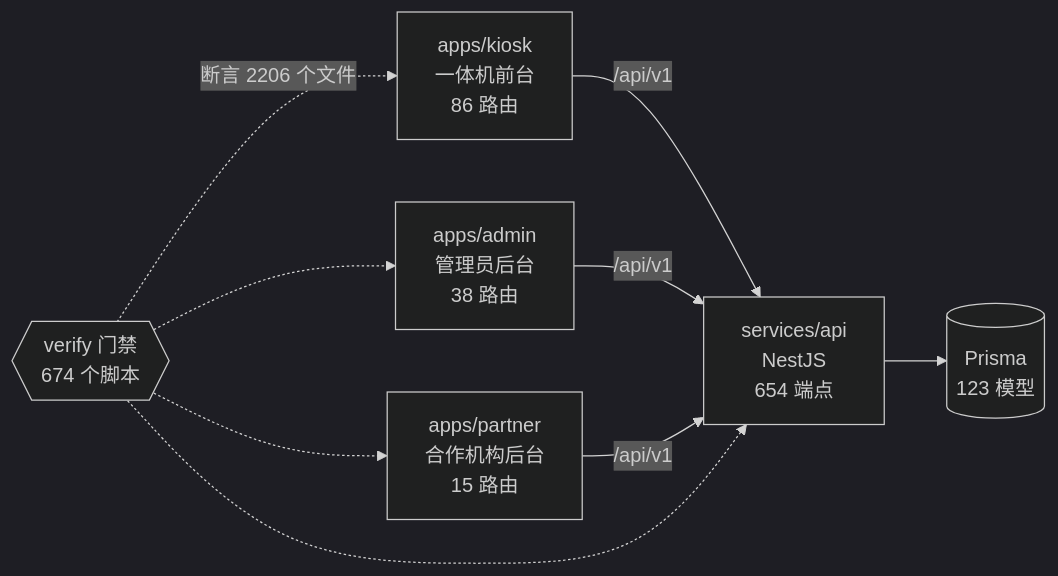
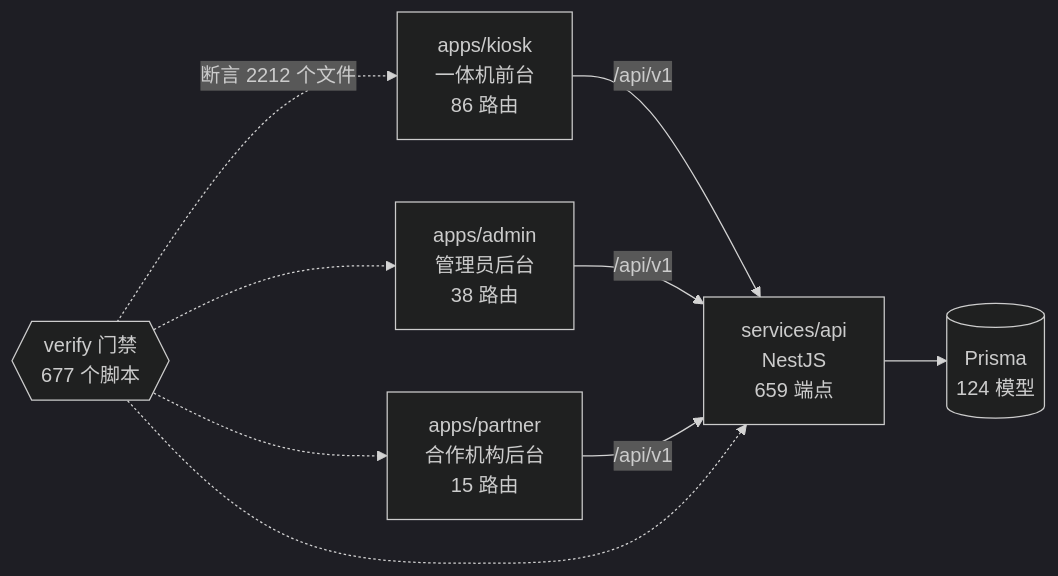
One commit to wanglei581/YITIJI changed the diagram in docs/graph/README.md. Above: the diagram before and after it, drawn with Mermaid (dark theme). The commit also changed other lines of this file and 92 other files, not shown here.

````diff
--- a/docs/graph/README.md
+++ b/docs/graph/README.md
@@ -68,18 +68,18 @@
 ```mermaid
 flowchart LR
   kiosk["apps/kiosk<br/>一体机前台<br/>86 路由"]
   admin["apps/admin<br/>管理员后台<br/>38 路由"]
   partner["apps/partner<br/>合作机构后台<br/>15 路由"]
-  api["services/api<br/>NestJS<br/>654 端点"]
-  db[("Prisma<br/>123 模型")]
-  gates{{"verify 门禁<br/>674 个脚本"}}
+  api["services/api<br/>NestJS<br/>659 端点"]
+  db[("Prisma<br/>124 模型")]
+  gates{{"verify 门禁<br/>677 个脚本"}}
 
   kiosk -->|"/api/v1"| api
   admin -->|"/api/v1"| api
   partner -->|"/api/v1"| api
   api --> db
-  gates -.->|"断言 2206 个文件"| kiosk
+  gates -.->|"断言 2212 个文件"| kiosk
   gates -.-> admin
   gates -.-> partner
   gates -.-> api
 ```
````
